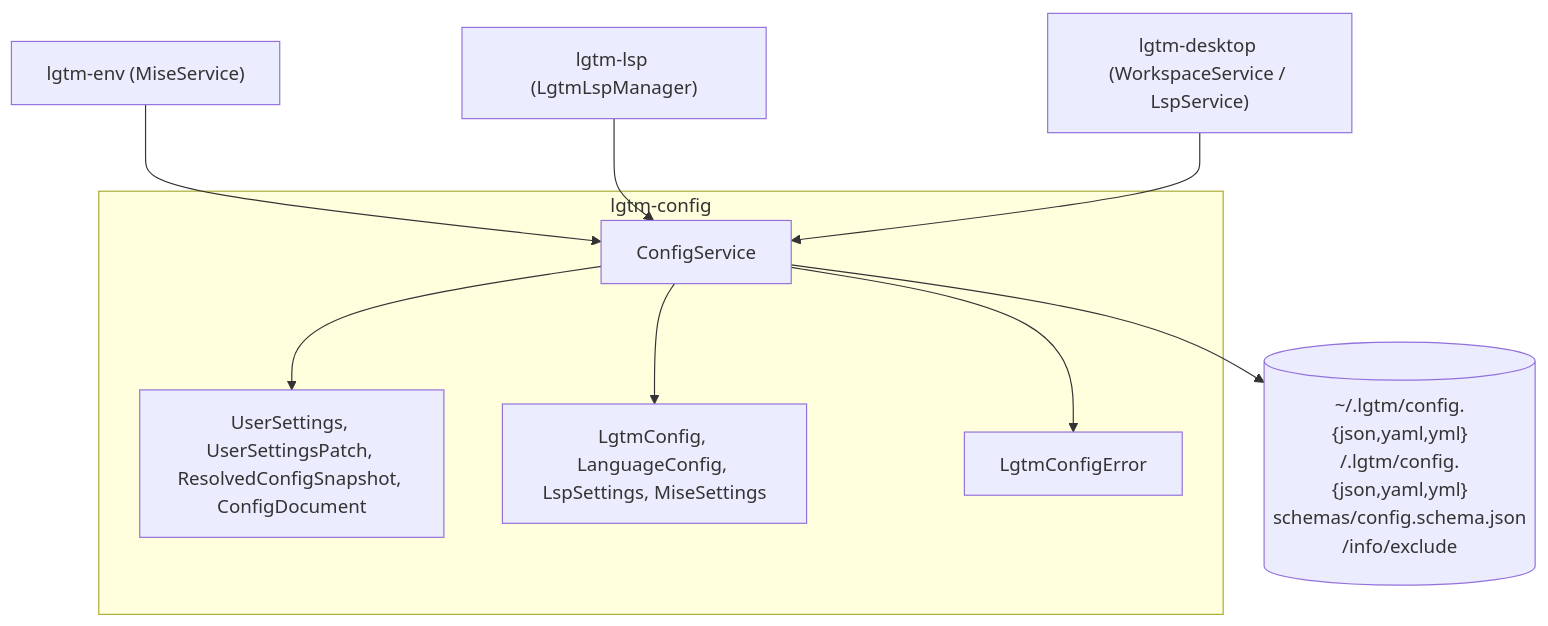
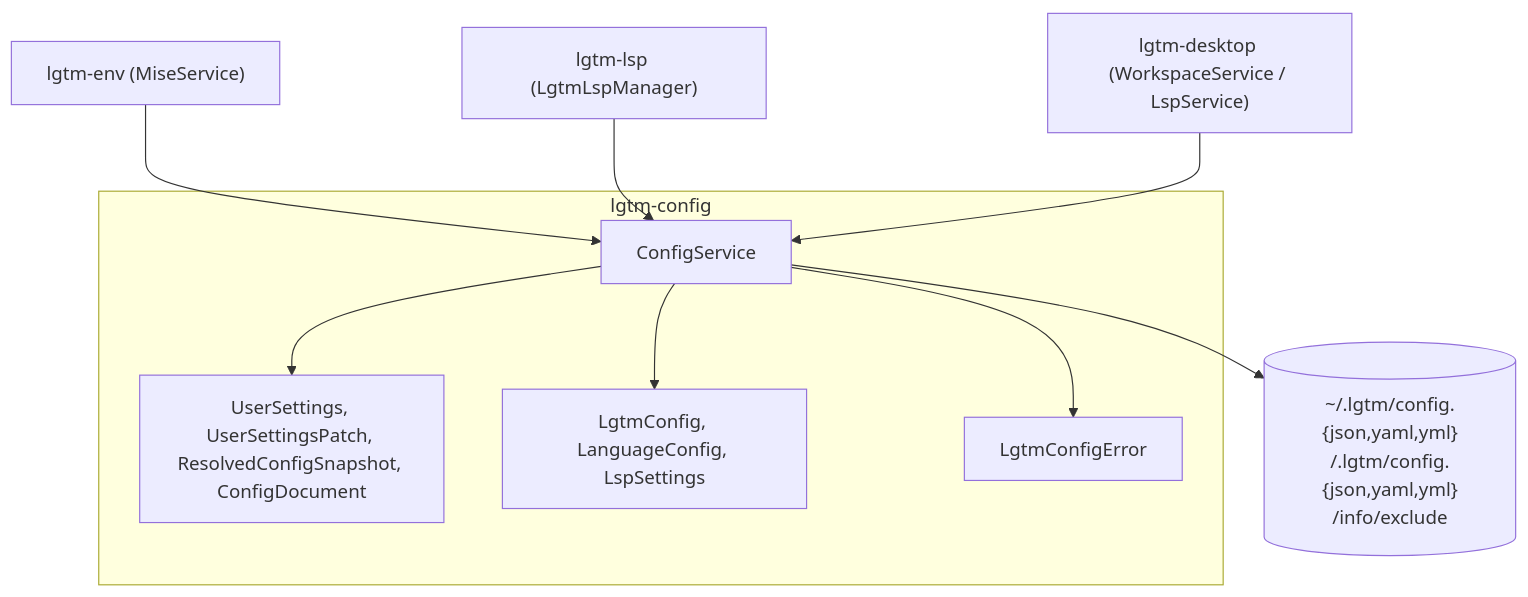
Before and after one commit to difflab-io/lgtm: the first of 2 diagrams in docs/architecture/config/index.md, drawn with Mermaid. The commit also changed other lines of this file and 20 other files, not shown here.

Commit message:
refactor(config): add LineWrap, root schema via jsDelivr, SettingsService, and mise.toml tasks

````diff
--- a/docs/architecture/config/index.md
+++ b/docs/architecture/config/index.md
@@ -60,19 +60,19 @@
 ```mermaid
 flowchart TB
     ENV["lgtm-env (MiseService)"]
     LSP["lgtm-lsp (LgtmLspManager)"]
     DESKTOP["lgtm-desktop (WorkspaceService / LspService)"]
     subgraph CfgLib["lgtm-config"]
         CFG_SVC["ConfigService"]
         SETTINGS_MOD["UserSettings, UserSettingsPatch, ResolvedConfigSnapshot, ConfigDocument"]
-        CFG_MOD["LgtmConfig, LanguageConfig, LspSettings, MiseSettings"]
+        CFG_MOD["LgtmConfig, LanguageConfig, LspSettings"]
         ERR["LgtmConfigError"]
         CFG_SVC --> SETTINGS_MOD
         CFG_SVC --> CFG_MOD
         CFG_SVC --> ERR
     end
     ENV --> CFG_SVC
     LSP --> CFG_SVC
     DESKTOP --> CFG_SVC
-    CFG_SVC --> FS[("~/.lgtm/config.{json,yaml,yml}\n<workspace>/.lgtm/config.{json,yaml,yml}\nschemas/config.schema.json\n<git-dir>/info/exclude")]
+    CFG_SVC --> FS[("~/.lgtm/config.{json,yaml,yml}\n<workspace>/.lgtm/config.{json,yaml,yml}\n<git-dir>/info/exclude")]
 ```
````
